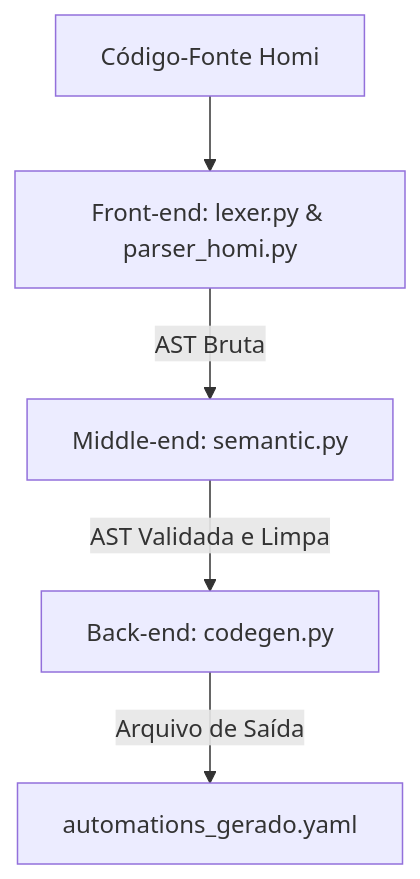
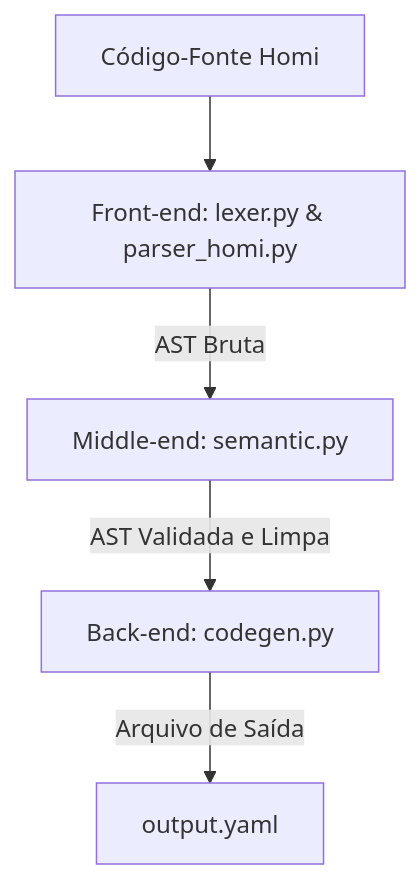
One commit to Stiegemeierr/homicompiler changed the diagram in codegen.md. Above: the diagram before and after it, drawn with Mermaid. The commit also changed other lines of this file and 6 other files, not shown here.

````diff
--- a/codegen.md
+++ b/codegen.md
@@ -7,7 +7,7 @@
 ```mermaid
 graph TD
-    A[Código-Fonte Homi] --> B[Front-end: lexer.py & parser_homi.py]
-    B -->|AST Bruta| C[Middle-end: semantic.py]
-    C -->|AST Validada e Limpa| D[Back-end: codegen.py]
-    D -->|Arquivo de Saída| E[automations_gerado.yaml]
+    A[Código-Fonte Homi] --> B["Front-end: lexer.py & parser_homi.py"]
+    B -->|AST Bruta| C["Middle-end: semantic.py"]
+    C -->|AST Validada e Limpa| D["Back-end: codegen.py"]
+    D -->|Arquivo de Saída| E[output.yaml]
 ```
````
